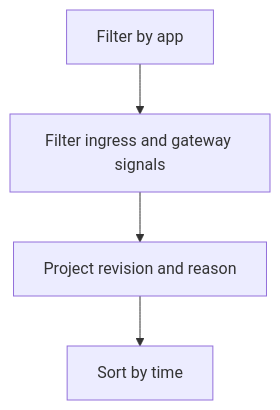
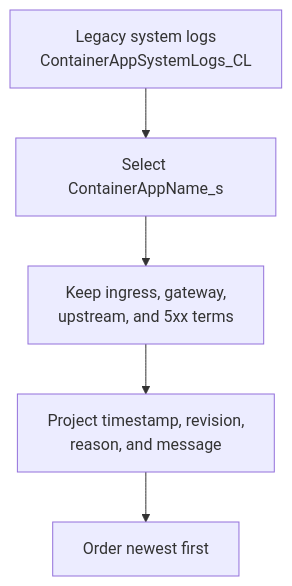
Before and after one commit to yeongseon/azure-container-apps-practical-guide: the diagram in docs/troubleshooting/kql/ingress-and-networking/ingress-error-analysis.md, drawn with Mermaid. The commit also changed other lines of this file and 22 other files, not shown here.

First line of the commit message:
docs(diagrams): migrate KQL diagnostic flows (#622)

````diff
--- a/docs/troubleshooting/kql/ingress-and-networking/ingress-error-analysis.md
+++ b/docs/troubleshooting/kql/ingress-and-networking/ingress-error-analysis.md
@@ -36,4 +36,10 @@
 ```mermaid
 flowchart TD
-    A[Filter by app] --> B[Filter ingress and gateway signals] --> C[Project revision and reason] --> D[Sort by time]
+    accTitle: Query legacy system logs for ingress error signals
+    accDescr: The query selects one app, keeps ingress, gateway, upstream, and 5xx terms, projects revision and reason context, and sorts the evidence from newest to oldest.
+
+    SOURCE[Legacy system logs<br/>ContainerAppSystemLogs_CL] --> APP[Select ContainerAppName_s]
+    APP --> SIGNALS[Keep ingress, gateway,<br/>upstream, and 5xx terms]
+    SIGNALS --> CONTEXT[Project timestamp, revision,<br/>reason, and message]
+    CONTEXT --> RESULT[Order newest first]
 ```
````
